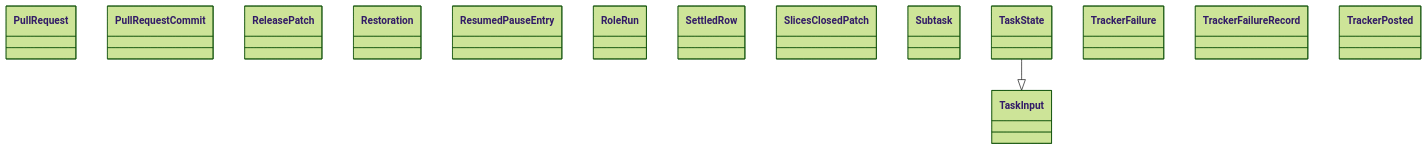
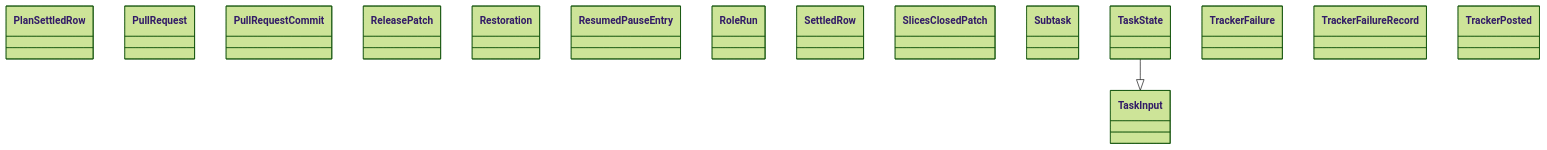
The diagram in docs/architecture/generated/classes-process-domain-state-5.md (GonzaloZevallos/agentic-system), drawn with Mermaid (forest theme) before and after one commit. The commit also changed other lines of this file and 1 other file, not shown here.

Commit message:
Regenerate the architecture diagrams for the PlanRoute state shape

````diff
--- a/docs/architecture/generated/classes-process-domain-state-5.md
+++ b/docs/architecture/generated/classes-process-domain-state-5.md
@@ -22,18 +22,19 @@
 ```mermaid
 classDiagram
+    class task__PlanSettledRow["PlanSettledRow"]
     class task__PullRequest["PullRequest"]
     class task__PullRequestCommit["PullRequestCommit"]
     class task__ReleasePatch["ReleasePatch"]
     class task__Restoration["Restoration"]
     class task__ResumedPauseEntry["ResumedPauseEntry"]
     class task__RoleRun["RoleRun"]
     class task__SettledRow["SettledRow"]
     class task__SlicesClosedPatch["SlicesClosedPatch"]
     class task__Subtask["Subtask"]
     class task__TaskInput["TaskInput"]
     class task__TaskState["TaskState"]
     class task__TrackerFailure["TrackerFailure"]
     class task__TrackerFailureRecord["TrackerFailureRecord"]
     class task__TrackerPosted["TrackerPosted"]
     task__TaskState --|> task__TaskInput
 ```
````
